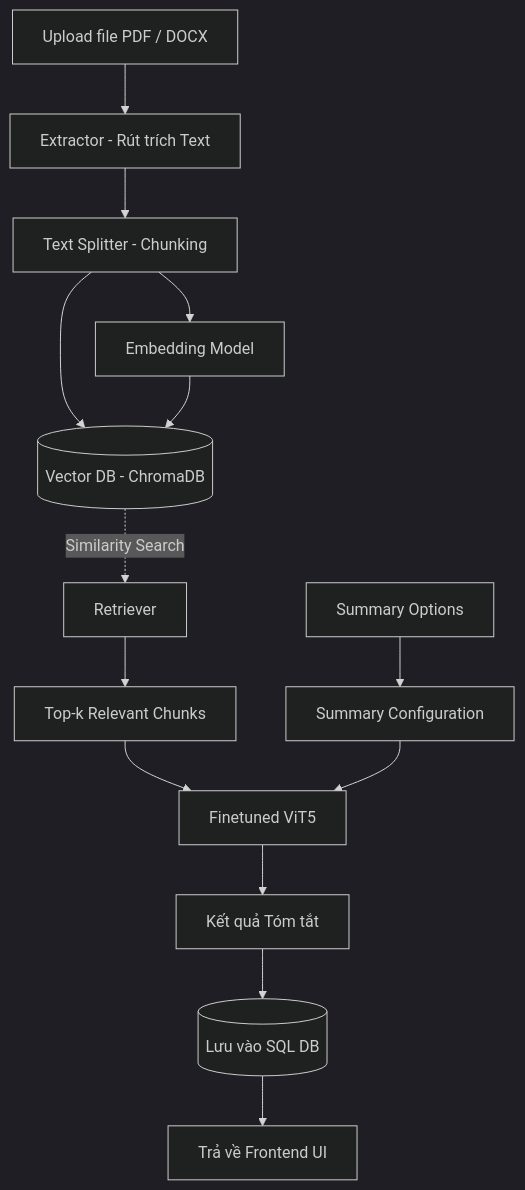
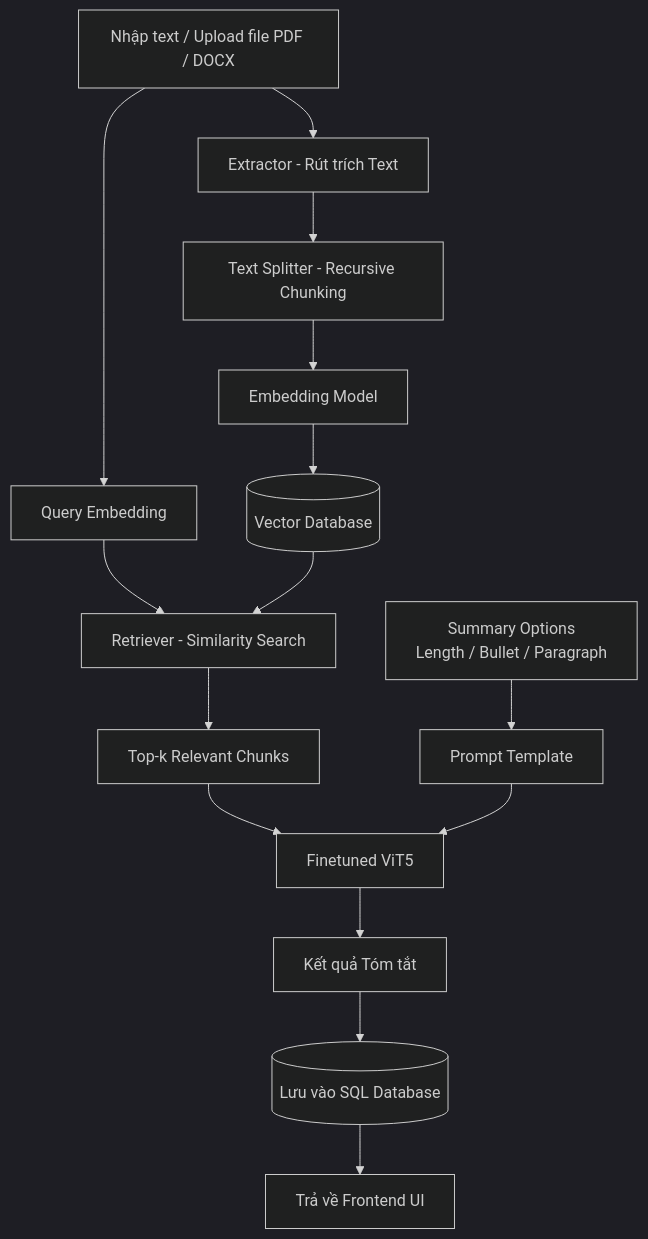
Before and after one commit to kienng221105/Summarize-Vietnamese-Text: the fourth of 6 diagrams in README.md, drawn with Mermaid (dark theme). The commit also changed other lines of this file, not shown here.

````diff
--- a/README.md
+++ b/README.md
@@ -123,34 +130,37 @@
 ```mermaid
-flowchart TD
-
-  %% Upload
-  A[Upload file PDF / DOCX] --> B[Extractor - Rút trích Text]
-
-  B --> C[Text Splitter - Chunking]
-
-  C --> D[Embedding Model]
-
-  C --> E[(Vector DB - ChromaDB)]
-
-  D --> E
-
-  %% Summary Options
-  O[Summary Options] --> H[Summary Configuration]
-
-  %% Retrieval
-  E -. Similarity Search .-> F[Retriever]
-
-  F --> G[Top-k Relevant Chunks]
-
-  G --> I[Finetuned ViT5]
-
-  H --> I
-
-  %% Output
-  I --> J[Kết quả Tóm tắt]
-
-  J --> K[(Lưu vào SQL DB)]
-
-  K --> L[Trả về Frontend UI]
+flowchart TD  
+  
+%% Input  
+A[Nhập text / Upload file PDF / DOCX] --> B[Extractor - Rút trích Text]  
+  
+%% Chunking  
+B --> C[Text Splitter - Recursive Chunking]  
+  
+%% Embedding + Storage  
+C --> D[Embedding Model]  
+D --> E[(Vector Database)]  
+  
+%% User Options  
+O[Summary Options<br/>Length / Bullet / Paragraph] --> H[Prompt Template]  
+  
+%% Query  
+A --> Q[Query Embedding]  
+  
+%% Retrieval  
+Q --> F[Retriever - Similarity Search]  
+E --> F  
+  
+F --> G[Top-k Relevant Chunks]  
+  
+%% Generation  
+G --> I[Finetuned ViT5]  
+H --> I  
+  
+%% Output  
+I --> J[Kết quả Tóm tắt]  
+  
+J --> K[(Lưu vào SQL Database)]  
+  
+K --> L[Trả về Frontend UI]
 
 ```
````
